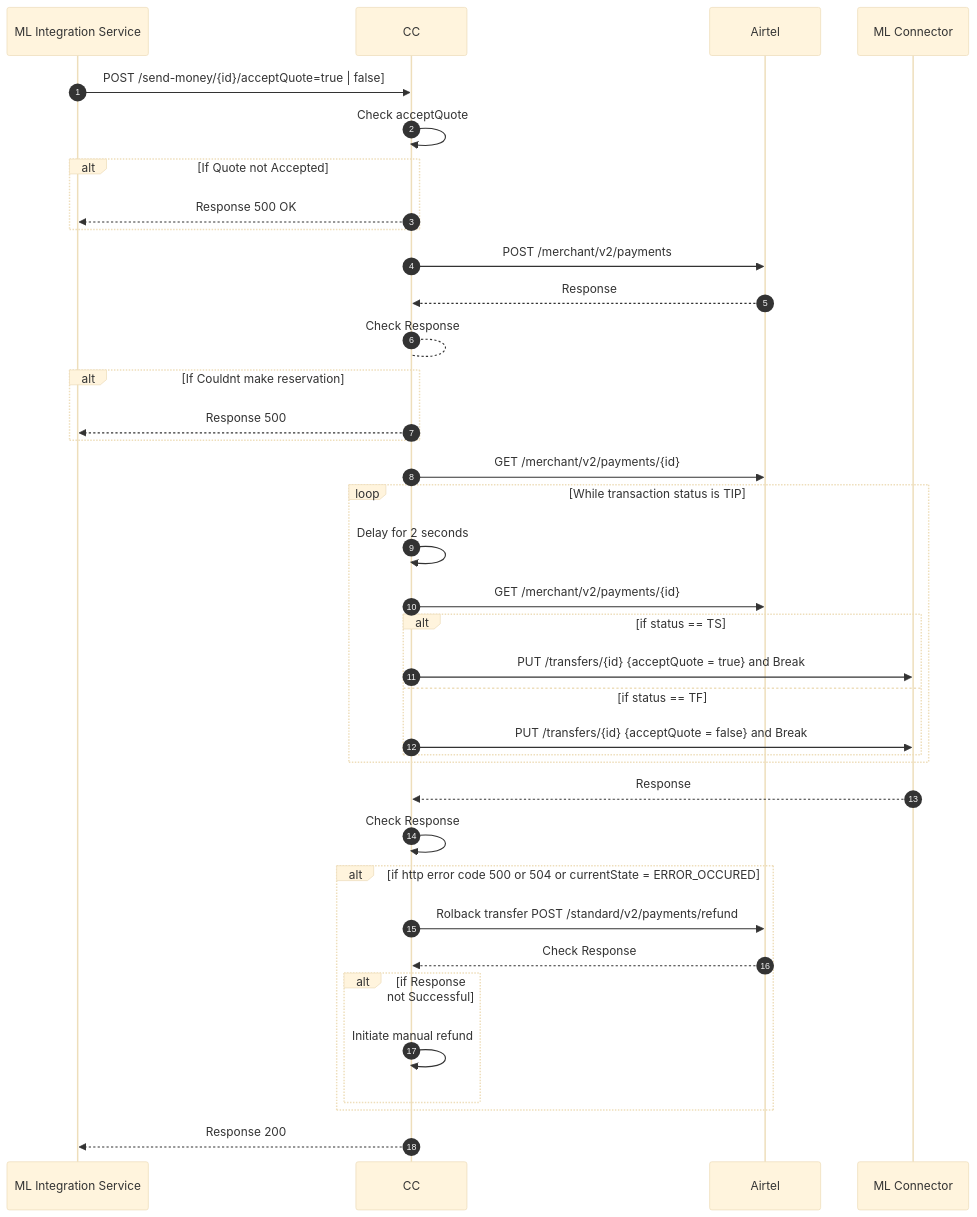
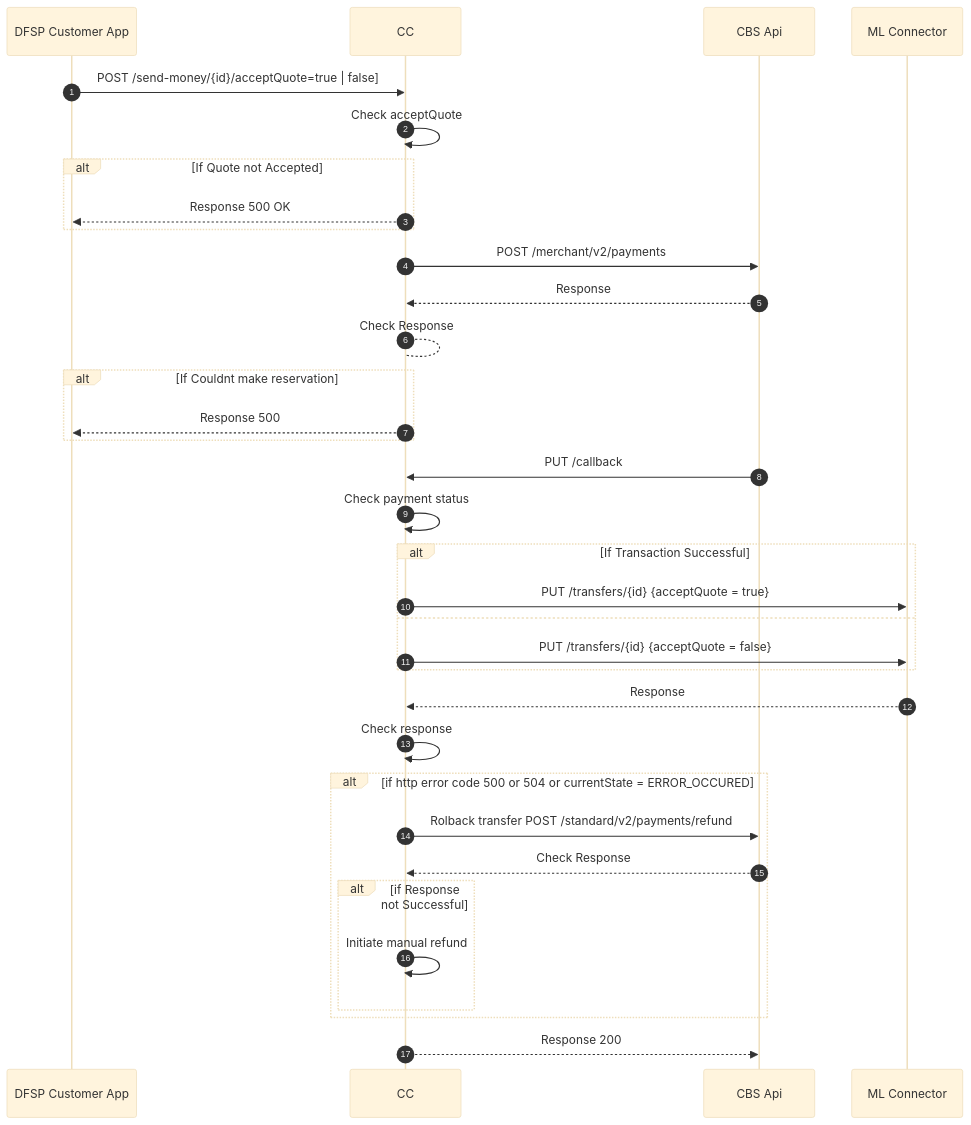
One commit to mojaloop/ml-reference-connectors changed the diagram in core-connector-template/docs/payer-update-send-money.md. Above: the diagram before and after it, drawn with Mermaid (base theme). The commit also changed 5 other files, not shown here.

Commit message:
docs: refined template sequence diagrams and documentation

````diff
--- a/core-connector-template/docs/payer-update-send-money.md
+++ b/core-connector-template/docs/payer-update-send-money.md
@@ -3,35 +3,32 @@
 ```mermaid
 sequenceDiagram
   autoNumber
-  ML Integration Service->>CC: POST /send-money/{id}/acceptQuote=true | false]
+  DFSP Customer App->>CC: POST /send-money/{id}/acceptQuote=true | false]
   CC->>CC: Check acceptQuote
   Alt If Quote not Accepted
-  CC-->>ML Integration Service: Response 500 OK
+  CC-->>DFSP Customer App: Response 500 OK
   End
-  CC->>Airtel:POST /merchant/v2/payments
-  Airtel-->>CC:Response
+  CC->>CBS Api:POST /merchant/v2/payments
+  CBS Api-->>CC:Response
   CC-->CC: Check Response
   Alt If Couldnt make reservation
-  CC-->>ML Integration Service: Response 500
+  CC-->>DFSP Customer App: Response 500
   End
-  CC->>Airtel: GET  /merchant/v2/payments/{id}
-  Loop While transaction status is TIP
-  CC->>CC: Delay for 2 seconds
-  CC->>Airtel: GET  /merchant/v2/payments/{id}
-  Alt if status == TS
-  CC->>ML Connector:PUT  /transfers/{id} {acceptQuote = true} and Break
-  else if status == TF
-  CC->>ML Connector:PUT  /transfers/{id} {acceptQuote = false} and Break
+  CBS Api->>CC: PUT /callback
+  CC->>CC: Check payment status 
+  Alt If Transaction Successful
+  CC->>ML Connector:PUT  /transfers/{id} {acceptQuote = true}
+  Else
+  CC->>ML Connector:PUT  /transfers/{id} {acceptQuote = false}
   End
-  End
-  ML Connector -->> CC: Response
-  CC->>CC: Check Response
+  ML Connector-->>CC: Response
+  CC->>CC: Check response
   Alt if http error code 500 or 504 or currentState = ERROR_OCCURED
-  CC->>Airtel : Rolback transfer POST /standard/v2/payments/refund
-  Airtel-->>CC:Check Response
+  CC->>CBS Api : Rolback transfer POST /standard/v2/payments/refund
+  CBS Api-->>CC:Check Response
   Alt if Response not Successful
   CC->>CC: Initiate manual refund
   End
   End
-  CC-->>ML Integration Service: Response 200
+  CC-->> CBS Api: Response 200
 ```
````
